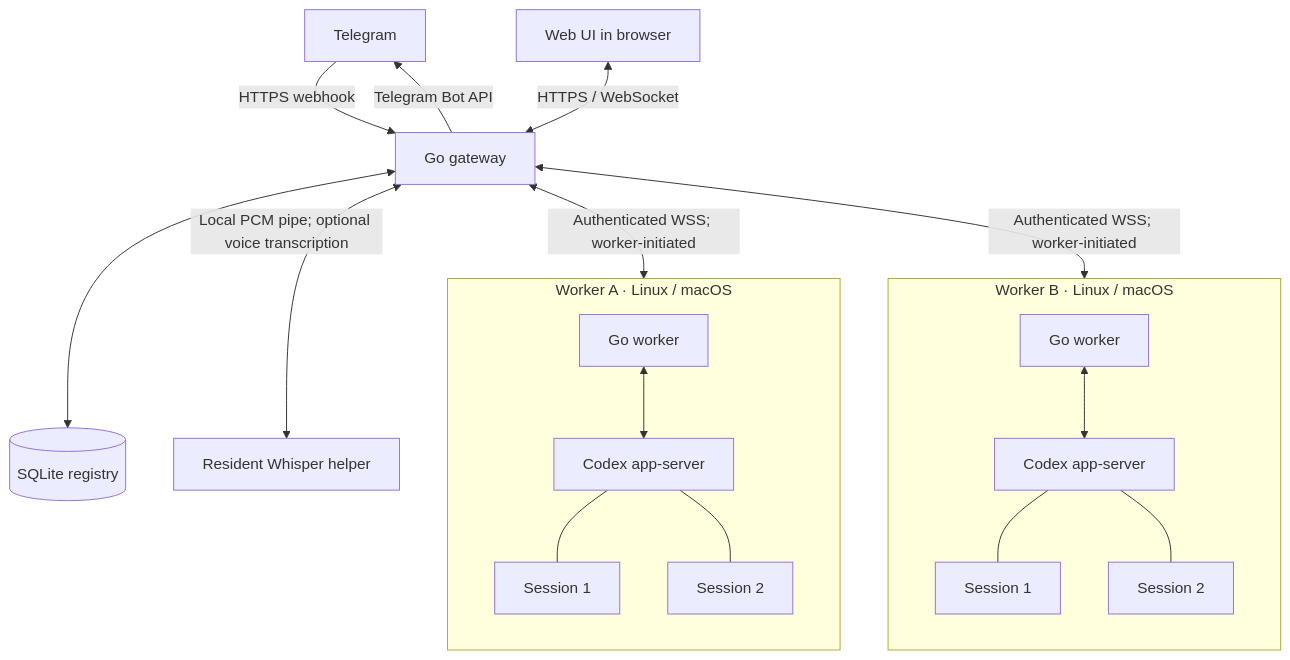
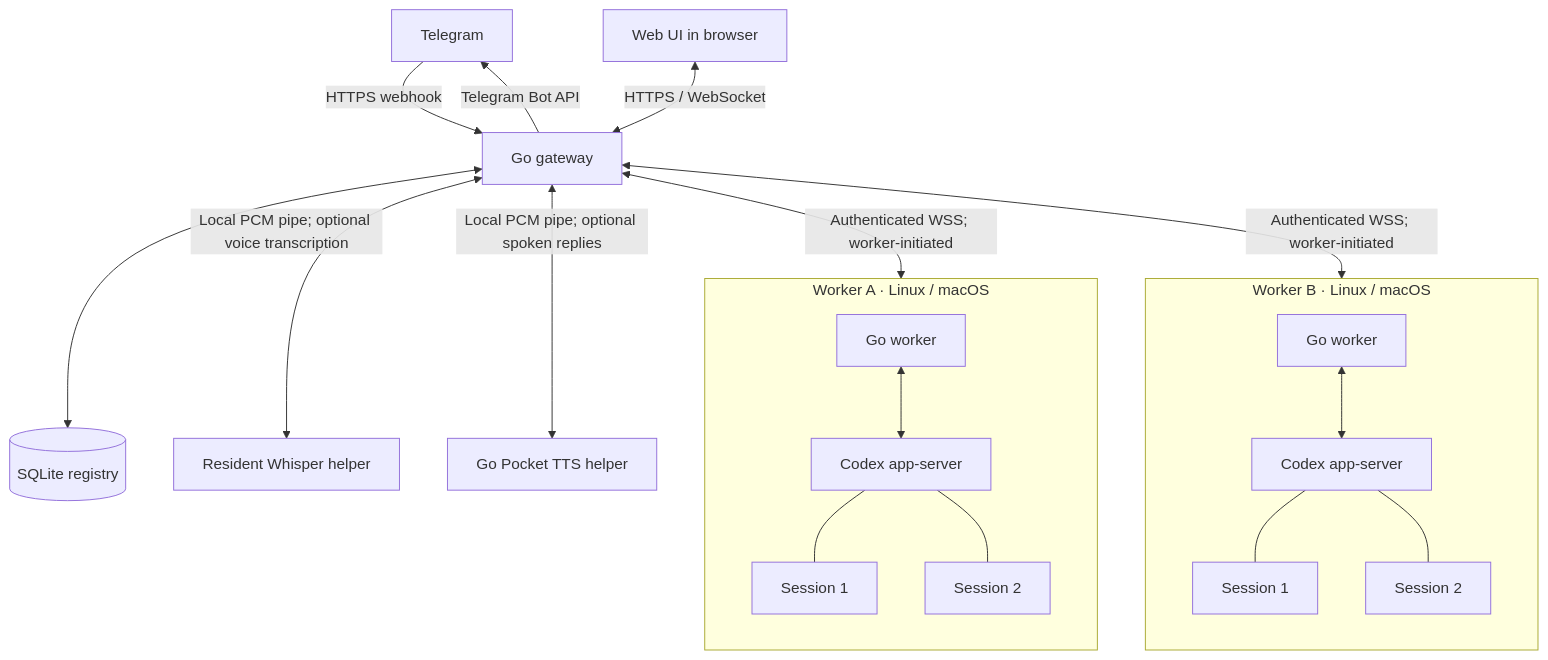
One commit to arizzi74/Codex-Telegram-Gateway changed the diagram in README.md. Above: the diagram before and after it, drawn with Mermaid. The commit also changed other lines of this file and 55 other files, not shown here.

Commit message:
feat: manage Telegram audio and local Go spoken replies from Admin

````diff
--- a/README.md
+++ b/README.md
@@ -24,38 +24,39 @@
 ```mermaid
 flowchart TB
   telegram["Telegram"]
   browser["Web UI in browser"]
   gateway["Go gateway"]
   registry[("SQLite registry")]
 
   telegram -->|"HTTPS webhook"| gateway
   gateway -->|"Telegram Bot API"| telegram
   browser <-->|"HTTPS / WebSocket"| gateway
   gateway <--> registry
   gateway <-->|"Local PCM pipe; optional voice transcription"| whisper["Resident Whisper helper"]
+  gateway <-->|"Local PCM pipe; optional spoken replies"| speech["Go Pocket TTS helper"]
 
   subgraph machine_a["Worker A · Linux / macOS"]
     direction TB
     worker_a["Go worker"]
     codex_a["Codex app-server"]
     session_a1["Session 1"]
     session_a2["Session 2"]
     worker_a <--> codex_a
     codex_a --- session_a1
     codex_a --- session_a2
   end
 
   subgraph machine_b["Worker B · Linux / macOS"]
     direction TB
     worker_b["Go worker"]
     codex_b["Codex app-server"]
     session_b1["Session 1"]
     session_b2["Session 2"]
     worker_b <--> codex_b
     codex_b --- session_b1
     codex_b --- session_b2
   end
 
   gateway <-->|"Authenticated WSS; worker-initiated"| machine_a
   gateway <-->|"Authenticated WSS; worker-initiated"| machine_b
 ```
````
